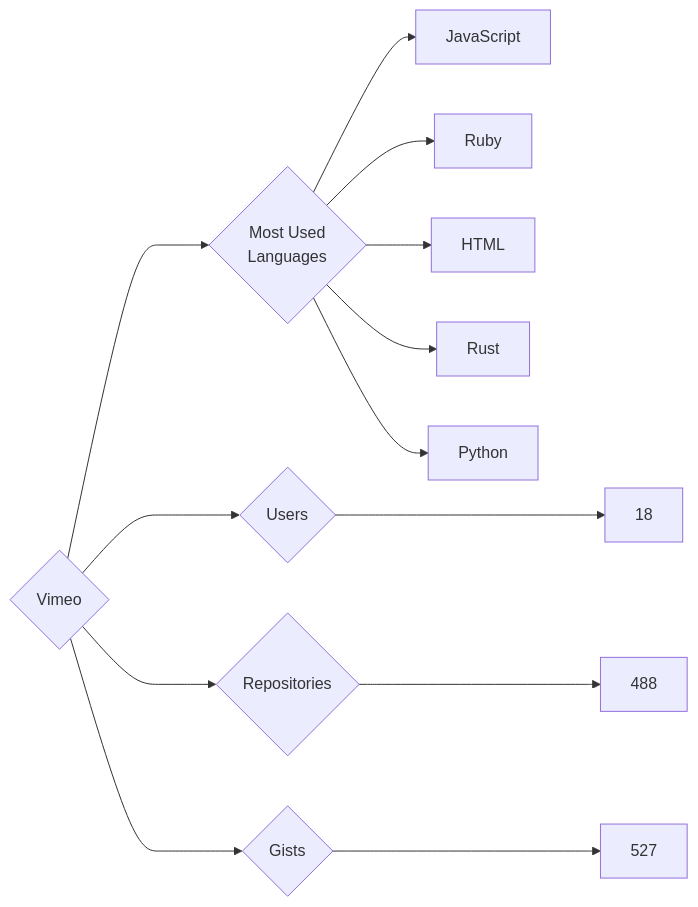
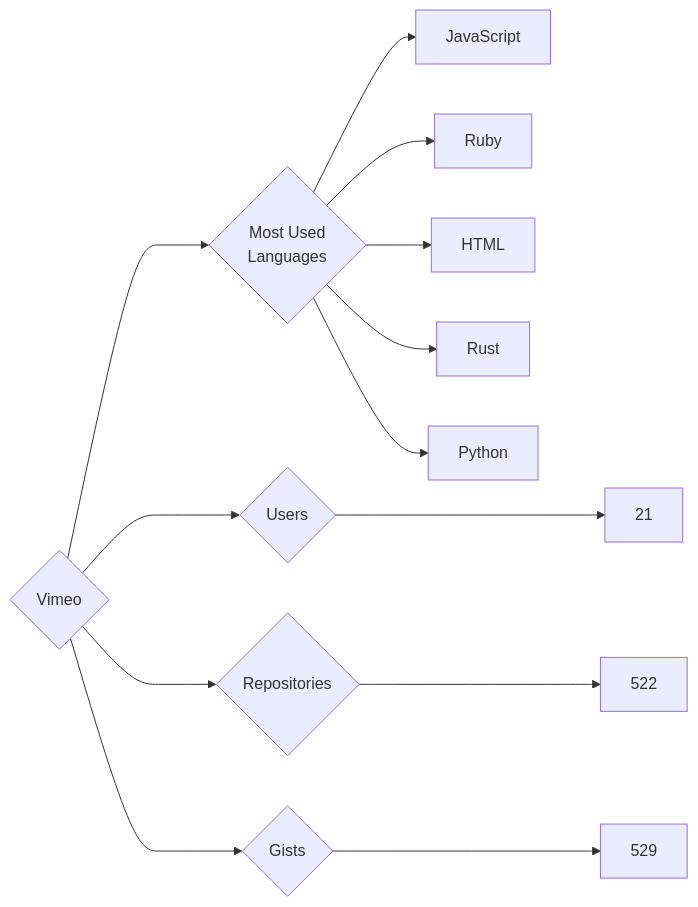
The diagram in targets/Vimeo/README.md (trickest/insiders), drawn with Mermaid before and after one commit. The commit also changed 833 other files, not shown here.

````diff
--- a/targets/Vimeo/README.md
+++ b/targets/Vimeo/README.md
@@ -3,13 +3,13 @@
 ```mermaid
 graph LR
 COMPANY_NAME{Vimeo}
-COMPANY_NAME ---> U{Users} ---> UN[18]
-COMPANY_NAME ---> R{Repositories} ---> RN[488]
-COMPANY_NAME ---> G{Gists} ---> GN[527]
+COMPANY_NAME ---> U{Users} ---> UN[21]
+COMPANY_NAME ---> R{Repositories} ---> RN[522]
+COMPANY_NAME ---> G{Gists} ---> GN[529]
 COMPANY_NAME ---> ML{Most Used<br>Languages}
 ML --> JavaScript[JavaScript]
 ML --> Ruby[Ruby]
 ML --> HTML[HTML]
 ML --> Rust[Rust]
 ML --> Python[Python]
 ```
````
